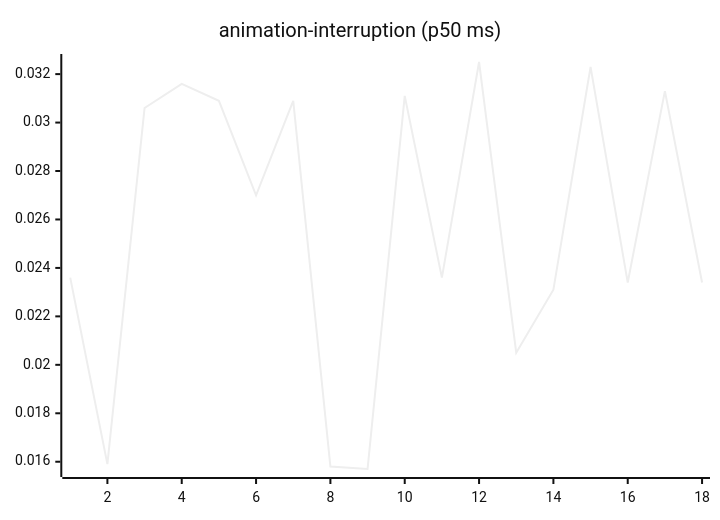
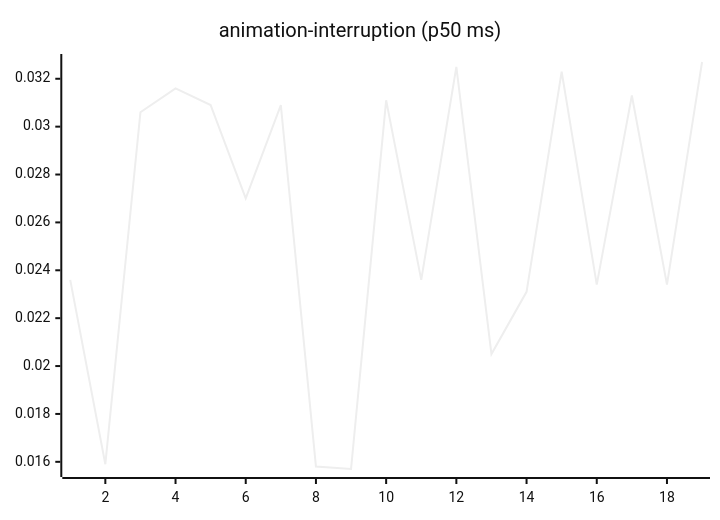
One commit to josha/Facet changed the third of 27 diagrams in README.md. Above: the diagram before and after it, drawn with Mermaid (neutral theme). The commit also changed other lines of this file and 2 other files, not shown here.

````diff
--- a/README.md
+++ b/README.md
@@ -77,6 +77,6 @@
 ```mermaid
 xychart-beta
     title "animation-interruption (p50 ms)"
-    x-axis 1 --> 18
-    line [0.0236, 0.0159, 0.0306, 0.0316, 0.0309, 0.0270, 0.0309, 0.0158, 0.0157, 0.0311, 0.0236, 0.0325, 0.0205, 0.0231, 0.0323, 0.0234, 0.0313, 0.0234]
+    x-axis 1 --> 19
+    line [0.0236, 0.0159, 0.0306, 0.0316, 0.0309, 0.0270, 0.0309, 0.0158, 0.0157, 0.0311, 0.0236, 0.0325, 0.0205, 0.0231, 0.0323, 0.0234, 0.0313, 0.0234, 0.0327]
 ```
````
